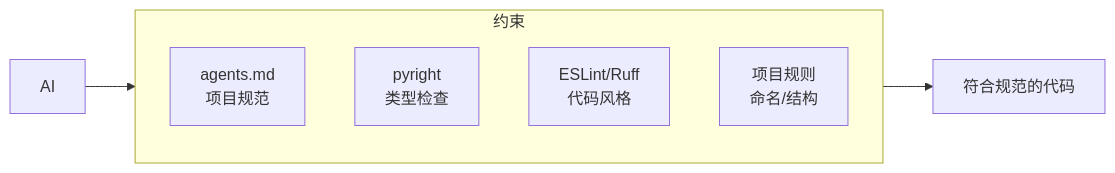
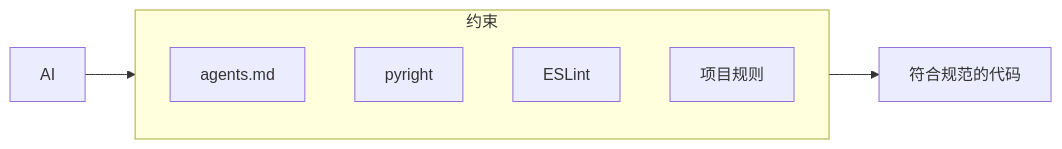
Before and after one commit to Wh1isper/wh1isper.github.io: the fifth of 9 diagrams in source/_posts/2026-02-02-AI-Assisted-Development-Consistency.md, drawn with Mermaid. The commit also changed other lines of this file, not shown here.

Commit message:
Fix mermaid diagrams

````diff
--- a/source/_posts/2026-02-02-AI-Assisted-Development-Consistency.md
+++ b/source/_posts/2026-02-02-AI-Assisted-Development-Consistency.md
@@ -114,12 +118,12 @@
 ```mermaid
 flowchart LR
-    subgraph 约束
-        A[agents.md<br/>项目规范]
-        B[pyright<br/>类型检查]
-        C[ESLint/Ruff<br/>代码风格]
-        D[项目规则<br/>命名/结构]
+    subgraph Constraints[约束]
+        A[agents.md]
+        B[pyright]
+        C[ESLint]
+        D[项目规则]
     end
 
-    E[AI] --> 约束
-    约束 --> F[符合规范的代码]
+    E[AI] --> Constraints
+    Constraints --> F[符合规范的代码]
 ```
````
